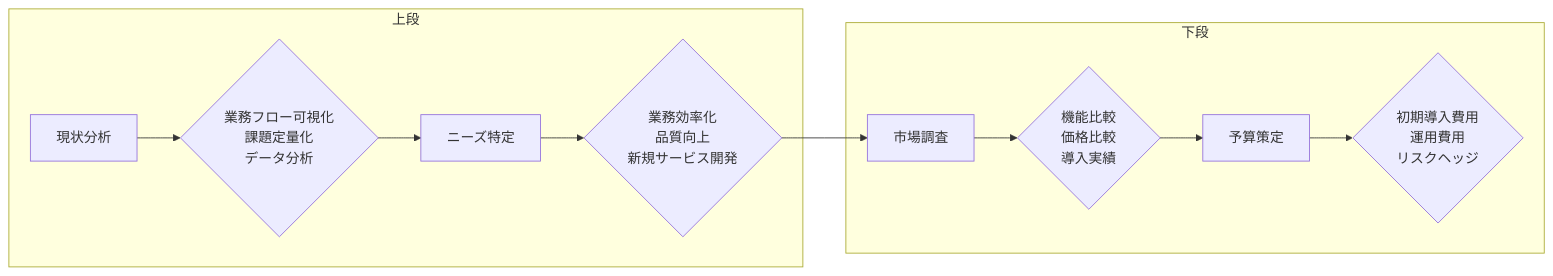
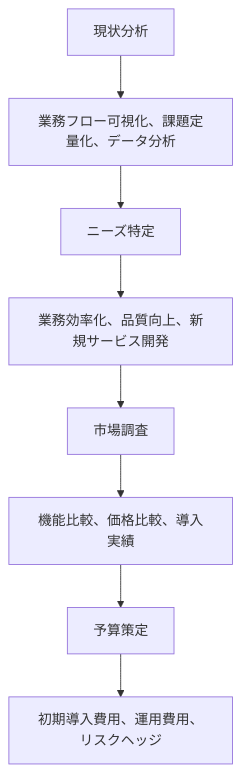
One commit to SparklingDetergent/doc_genai_How_to_evaluate_the_cost-effectiveness_of_using_generative_AI_for_business_purposes changed the sixth of 16 diagrams in README.md. Above: the diagram before and after it, drawn with Mermaid. The commit also changed other lines of this file, not shown here.

````diff
--- a/README.md
+++ b/README.md
@@ -214,15 +215,10 @@
 ```mermaid
-graph LR
-    subgraph 上段
-        A[現状分析] --> B{業務フロー可視化<br/>課題定量化<br/>データ分析}
-        B --> C[ニーズ特定]
-        C --> D{業務効率化<br/>品質向上<br/>新規サービス開発}
-    end
-
-    subgraph 下段
-        D --> E[市場調査]
-        E --> F{機能比較<br/>価格比較<br/>導入実績}
-        F --> G[予算策定]
-        G --> H{初期導入費用<br/>運用費用<br/>リスクヘッジ}
-    end
+graph TD
+    A[現状分析] --> B[業務フロー可視化、課題定量化、データ分析]
+    B --> C[ニーズ特定]
+    C --> D[業務効率化、品質向上、新規サービス開発]
+    D --> E[市場調査]
+    E --> F[機能比較、価格比較、導入実績]
+    F --> G[予算策定]
+    G --> H[初期導入費用、運用費用、リスクヘッジ]
 ```
````
